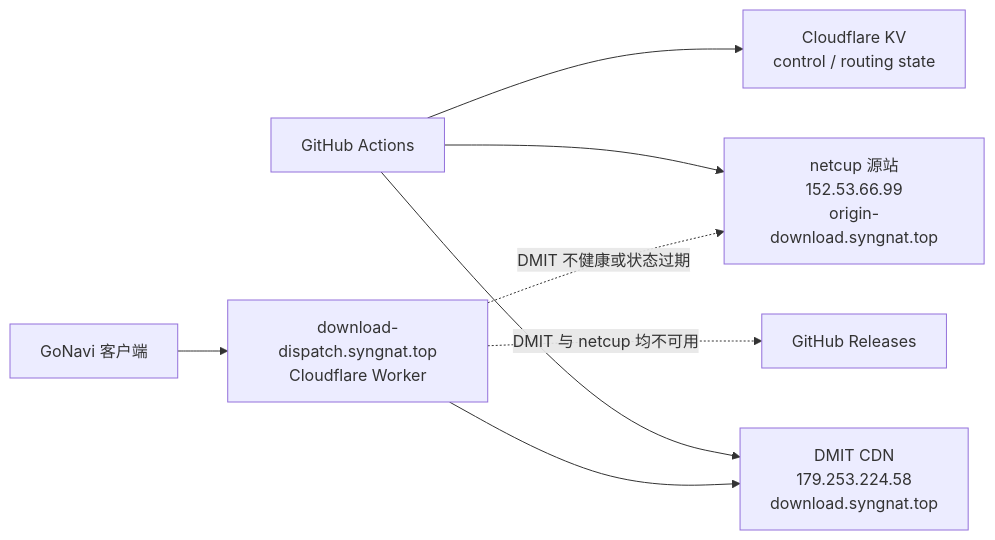
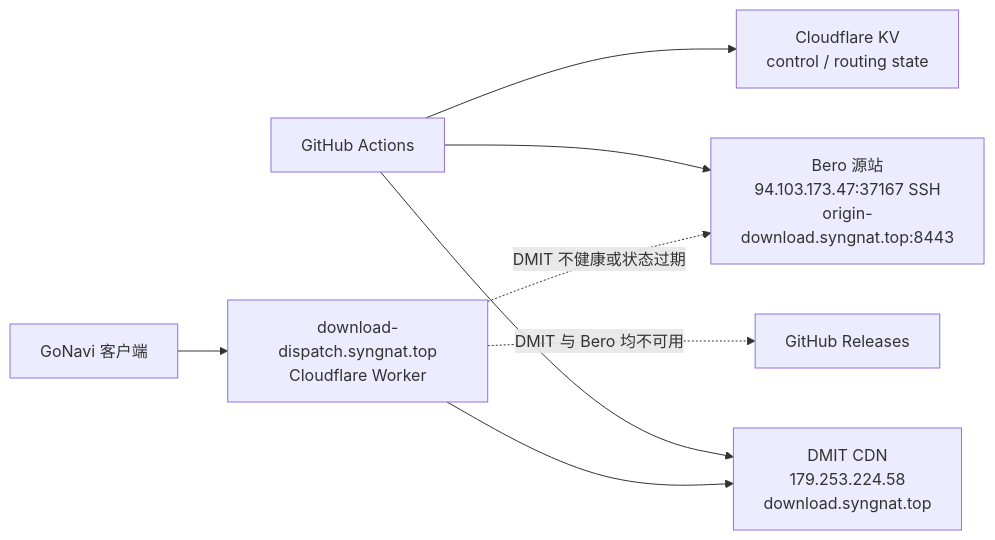
One commit to CurLeaf/GoNavi changed the diagram in docs/download-cdn-operations.md. Above: the diagram before and after it, drawn with Mermaid. The commit also changed other lines of this file and 9 other files, not shown here.

Commit message:
✨ feat(download): 迁移 Bero 下载源站

````diff
--- a/docs/download-cdn-operations.md
+++ b/docs/download-cdn-operations.md
@@ -5,10 +5,10 @@
 ```mermaid
 flowchart LR
     CI["GitHub Actions"] --> DMIT["DMIT CDN\n179.253.224.58\ndownload.syngnat.top"]
-    CI --> NETCUP["netcup 源站\n152.53.66.99\norigin-download.syngnat.top"]
+    CI --> BERO["Bero 源站\n94.103.173.47:37167 SSH\norigin-download.syngnat.top:8443"]
     CI --> KV["Cloudflare KV\ncontrol / routing state"]
     Client["GoNavi 客户端"] --> Worker["download-dispatch.syngnat.top\nCloudflare Worker"]
     Worker --> DMIT
-    Worker -. "DMIT 不健康或状态过期" .-> NETCUP
-    Worker -. "DMIT 与 netcup 均不可用" .-> GH["GitHub Releases"]
+    Worker -. "DMIT 不健康或状态过期" .-> BERO
+    Worker -. "DMIT 与 Bero 均不可用" .-> GH["GitHub Releases"]
 ```
````
